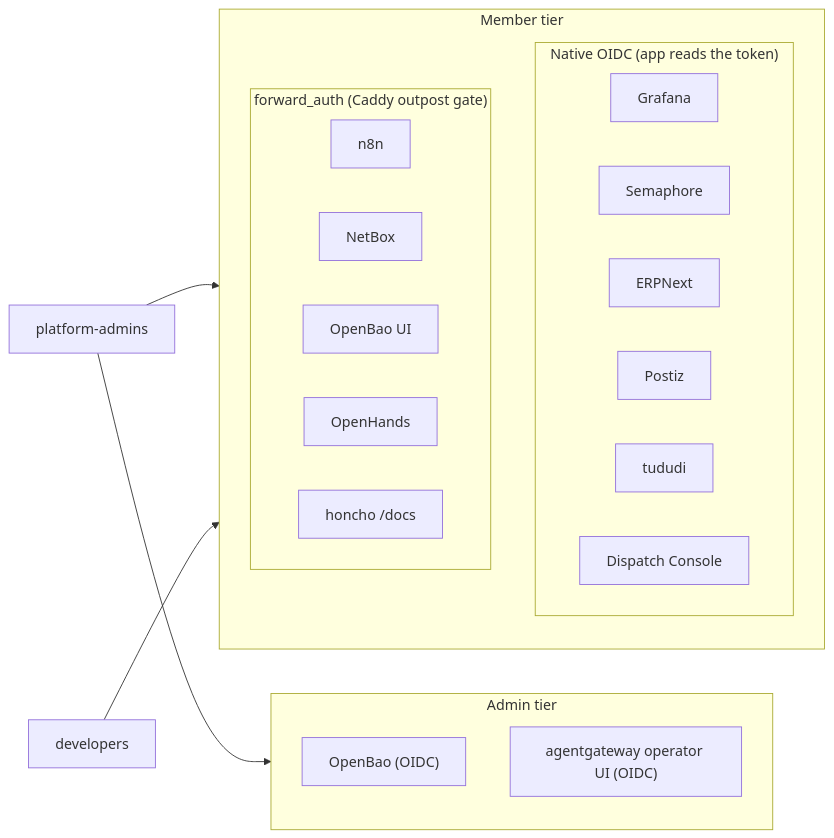
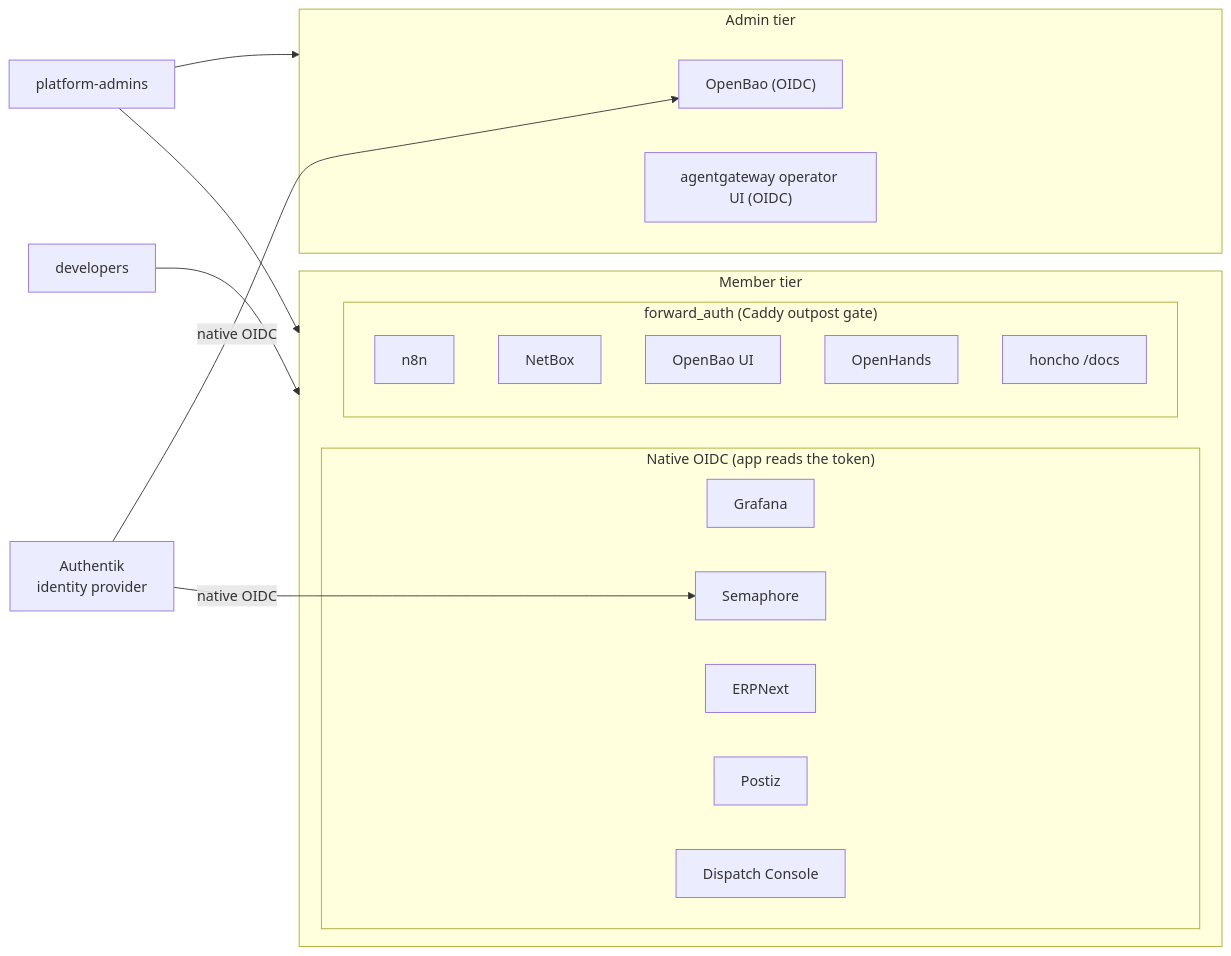
Before and after one commit to uhstray-io/agent-cloud: the second of 10 diagrams in plan/architecture/service-architecture.md, drawn with Mermaid. The commit also changed other lines of this file, not shown here.

Commit message:
docs: correct service architecture status map

````diff
--- a/plan/architecture/service-architecture.md
+++ b/plan/architecture/service-architecture.md
@@ -186,27 +184,29 @@
 ```mermaid
 flowchart LR
+    AK["Authentik<br/>identity provider"]
     ADMINS["platform-admins"] --> MEMBER
     DEVS["developers"] --> MEMBER
     ADMINS --> ADMIN
     subgraph MEMBER["Member tier"]
         subgraph OIDC_M["Native OIDC (app reads the token)"]
             M1["Grafana"]
             M2["Semaphore"]
             M3["ERPNext"]
             M4["Postiz"]
-            M5["tududi"]
-            M6["Dispatch Console"]
+            M5["Dispatch Console"]
         end
         subgraph FA_M["forward_auth (Caddy outpost gate)"]
             F1["n8n"]
             F2["NetBox"]
             F3["OpenBao UI"]
             F4["OpenHands"]
             F5["honcho /docs"]
         end
     end
     subgraph ADMIN["Admin tier"]
         A1["OpenBao (OIDC)"]
         A2["agentgateway operator UI (OIDC)"]
     end
+    AK -->|"native OIDC"| M2
+    AK -->|"native OIDC"| A1
 ```
````
